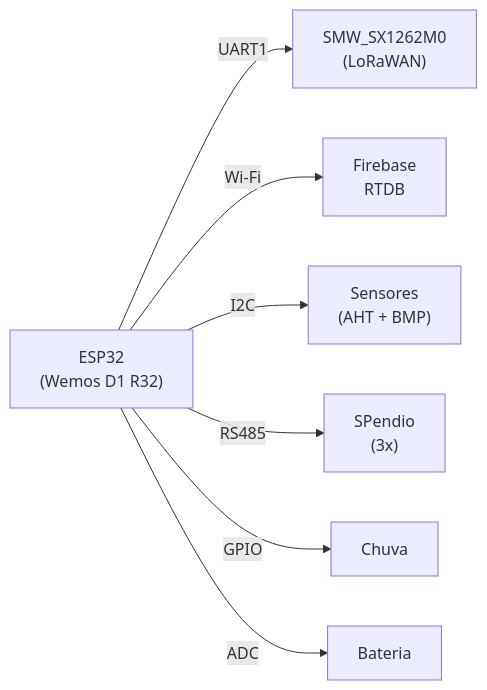
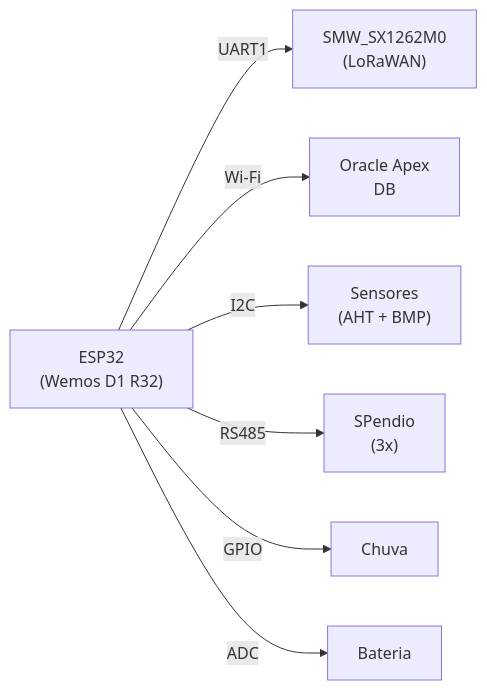
Before and after one commit to GeoVista-Hardware/PendioServidor: the diagram in README.md, drawn with Mermaid. The commit also changed other lines of this file and 3 other files, not shown here.

Commit message:
docs: atualiza documentacao para oracle apex

````diff
--- a/README.md
+++ b/README.md
@@ -36,9 +36,9 @@
 ```mermaid
 graph LR
     A["ESP32<br/>(Wemos D1 R32)"] -->|UART1| B["SMW_SX1262M0<br/>(LoRaWAN)"]
-    A -->|Wi-Fi| C["Firebase<br/>RTDB"]
+    A -->|Wi-Fi| C["Oracle Apex<br/>DB"]
     A -->|I2C| D["Sensores<br/>(AHT + BMP)"]
     A -->|RS485| E["SPendio<br/>(3x)"]
     A -->|GPIO| F["Chuva"]
     A -->|ADC| G["Bateria"]
 ```
````
